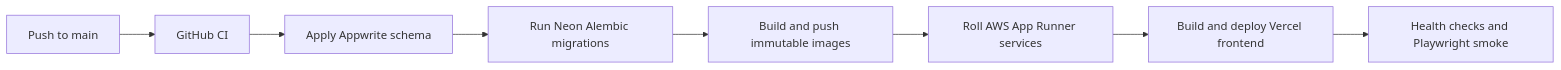
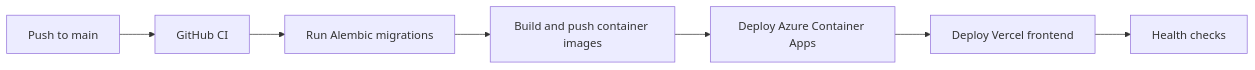
One commit to Shreesh-Sree/presidio_reimbursement_approval_tool changed the fifth of 5 diagrams in README.md. Above: the diagram before and after it, drawn with Mermaid. The commit also changed other lines of this file, not shown here.

First line of the commit message:
docs: rewrite README for current architecture

````diff
--- a/README.md
+++ b/README.md
@@ -277,10 +286,9 @@
 ```mermaid
 flowchart LR
     Commit[Push to main] --> CI[GitHub CI]
-    CI --> Appwrite[Apply Appwrite schema]
-    Appwrite --> Neon[Run Neon Alembic migrations]
-    Neon --> ECR[Build and push immutable images]
-    ECR --> Runner[Roll AWS App Runner services]
-    Runner --> Vercel[Build and deploy Vercel frontend]
-    Vercel --> Verify[Health checks and Playwright smoke]
+    CI --> Migrate[Run Alembic migrations]
+    Migrate --> Build[Build and push container images]
+    Build --> Deploy[Deploy Azure Container Apps]
+    Deploy --> Frontend[Deploy Vercel frontend]
+    Frontend --> Verify[Health checks]
 ```
````
